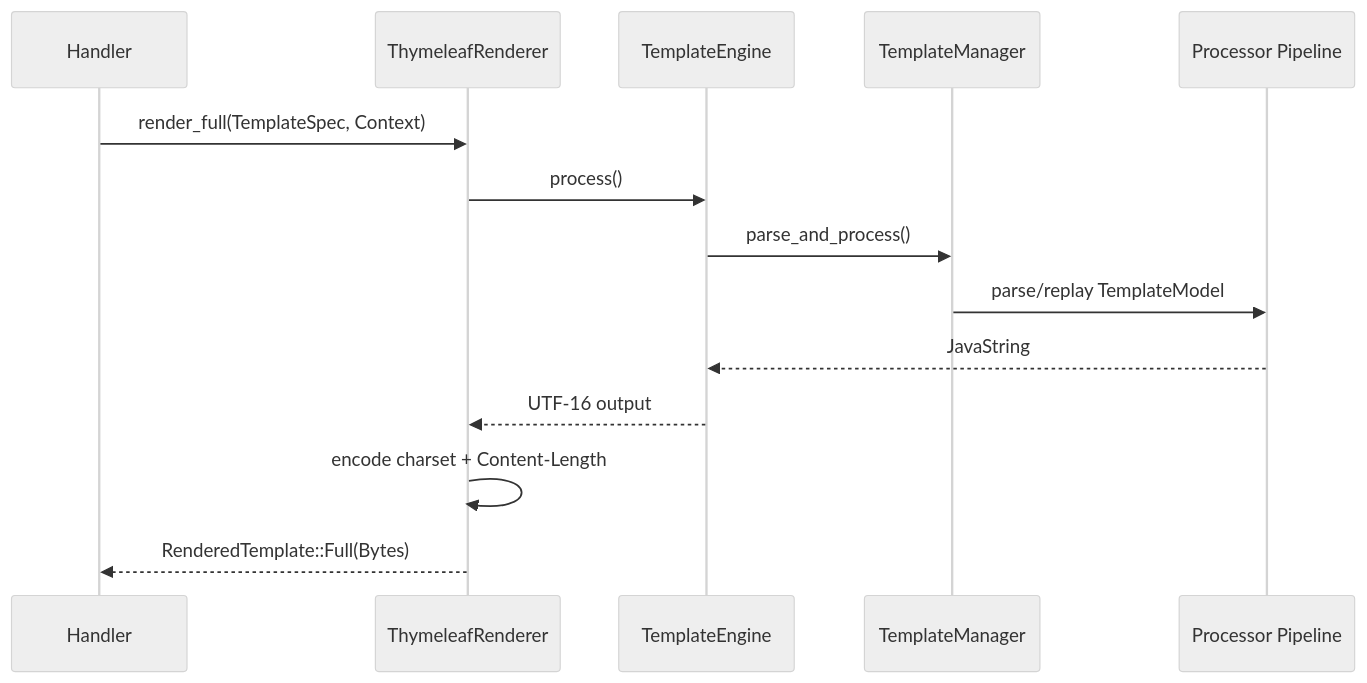
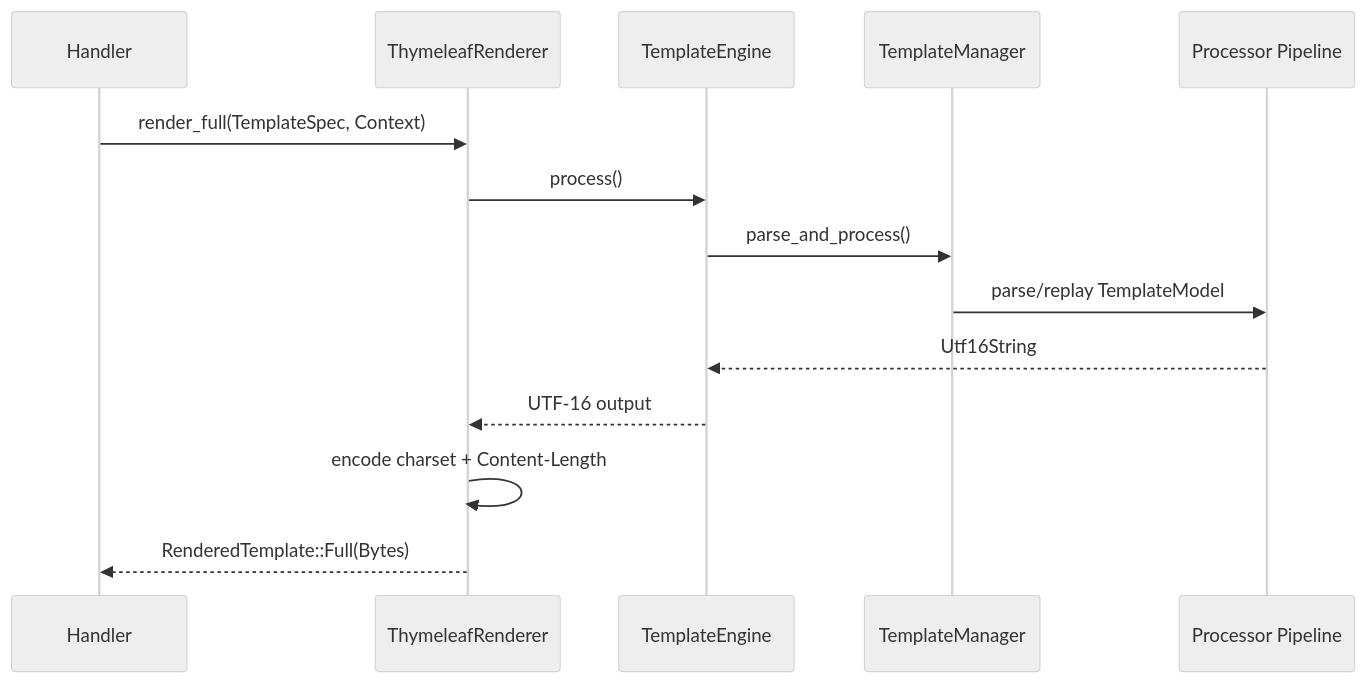
One commit to easy-4-rust/thymeleaf-rust changed the tenth of 13 diagrams in docs/Thymeleaf-Rust-可行性与架构设计.md. Above: the diagram before and after it, drawn with Mermaid (neutral theme). The commit also changed other lines of this file and 3 other files, not shown here.

````diff
--- a/docs/Thymeleaf-Rust-可行性与架构设计.md
+++ b/docs/Thymeleaf-Rust-可行性与架构设计.md
@@ -1314,17 +1314,17 @@
 ```mermaid
 sequenceDiagram
     participant H as Handler
     participant R as ThymeleafRenderer
     participant E as TemplateEngine
     participant M as TemplateManager
     participant P as Processor Pipeline
 
     H->>R: render_full(TemplateSpec, Context)
     R->>E: process()
     E->>M: parse_and_process()
     M->>P: parse/replay TemplateModel
-    P-->>E: JavaString
+    P-->>E: Utf16String
     E-->>R: UTF-16 output
     R->>R: encode charset + Content-Length
     R-->>H: RenderedTemplate::Full(Bytes)
 ```
````
